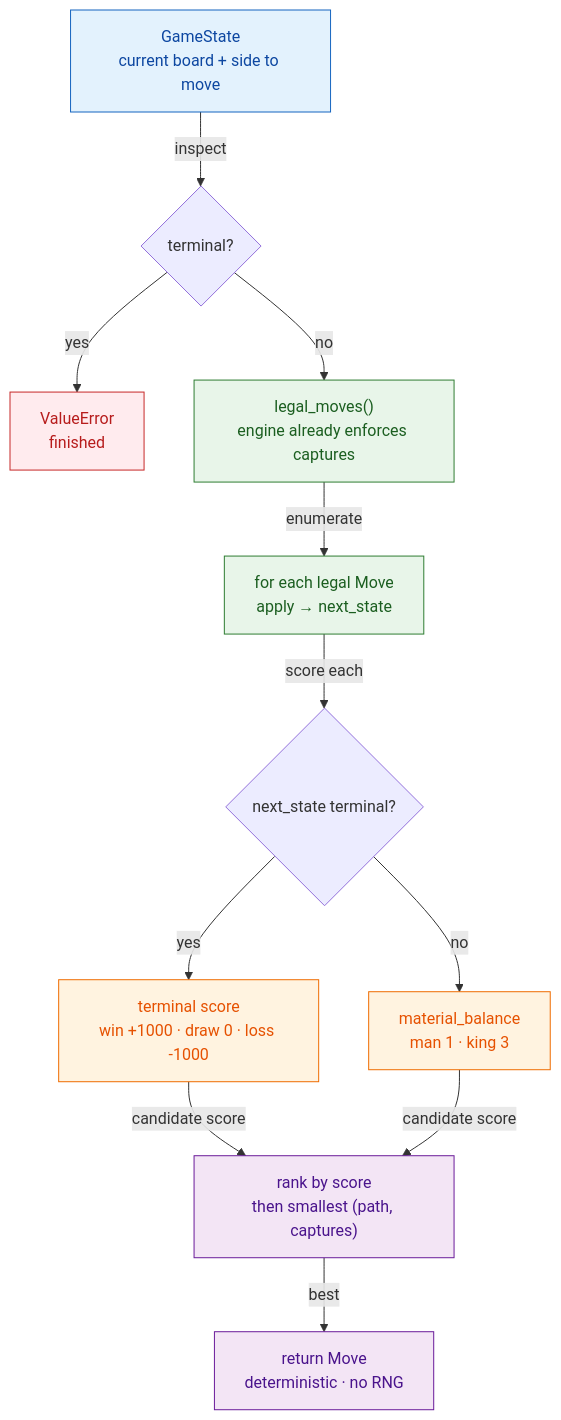
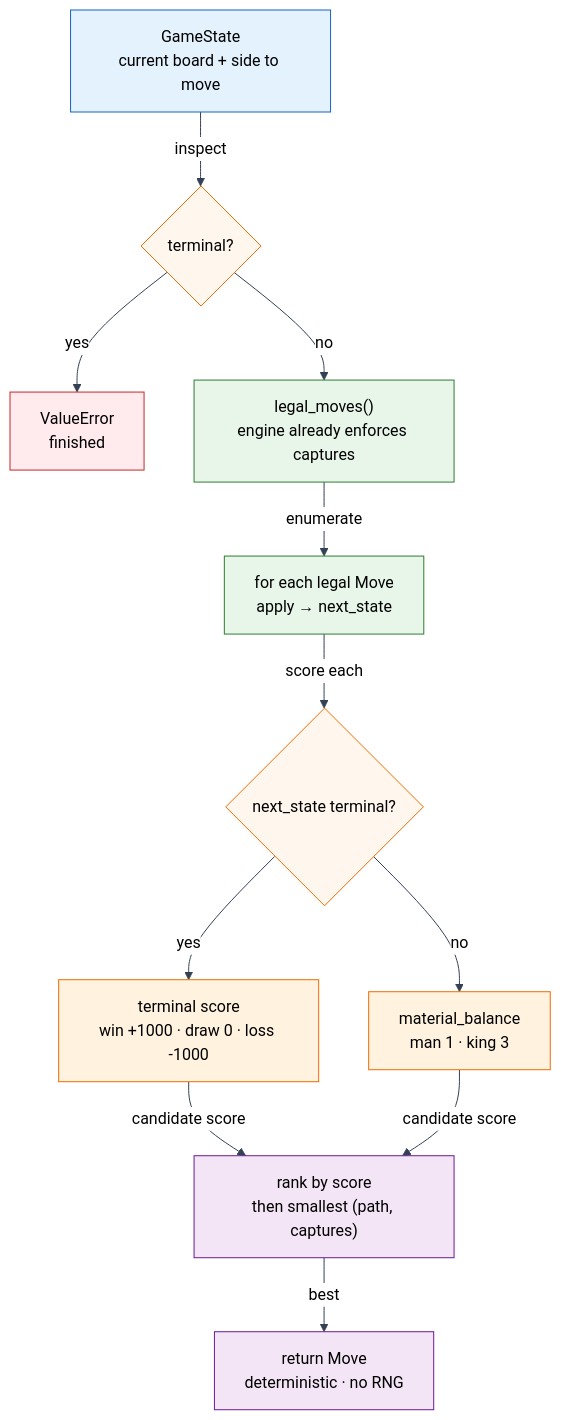
The second of 5 diagrams in docs/specs/0004-evaluation-arena.md (till75/RLCheckers), drawn with Mermaid before and after one commit. The commit also changed other lines of this file and 4 other files, not shown here.

First line of the commit message:
docs: force black Mermaid labels across figures

````diff
--- a/docs/specs/0004-evaluation-arena.md
+++ b/docs/specs/0004-evaluation-arena.md
@@ -266,25 +273,28 @@
 ```mermaid
+%%{init: {"theme": "base", "themeVariables": {"darkMode": false, "primaryTextColor": "#000000", "secondaryTextColor": "#000000", "tertiaryTextColor": "#000000", "textColor": "#000000", "lineColor": "#334155", "edgeLabelBackground": "#ffffff", "clusterBkg": "#f8fafc", "clusterBorder": "#94a3b8"}}}%%
 flowchart TD
-  S["GameState<br/>current board + side to move"] -->|"inspect"| T{"terminal?"}
-  T -->|"yes"| E["ValueError<br/>finished"]
-  T -->|"no"| L["legal_moves()<br/>engine already enforces captures"]
-  L -->|"enumerate"| C["for each legal Move<br/>apply → next_state"]
-  C -->|"score each"| D{"next_state terminal?"}
-  D -->|"yes"| W["terminal score<br/>win +1000 · draw 0 · loss -1000"]
-  D -->|"no"| M["material_balance<br/>man 1 · king 3"]
-  W -->|"candidate score"| P["rank by score<br/>then smallest (path, captures)"]
-  M -->|"candidate score"| P
-  P -->|"best"| R["return Move<br/>deterministic · no RNG"]
+  S["<span style='color:#000000'>GameState<br/>current board + side to move</span>"] -->|"<span style='background-color:#ffffff'><span style='color:#000000'>inspect</span></span>"| T{"<span style='color:#000000'>terminal?</span>"}
+  T -->|"<span style='background-color:#ffffff'><span style='color:#000000'>yes</span></span>"| E["<span style='color:#000000'>ValueError<br/>finished</span>"]
+  T -->|"<span style='background-color:#ffffff'><span style='color:#000000'>no</span></span>"| L["<span style='color:#000000'>legal_moves()<br/>engine already enforces captures</span>"]
+  L -->|"<span style='background-color:#ffffff'><span style='color:#000000'>enumerate</span></span>"| C["<span style='color:#000000'>for each legal Move<br/>apply → next_state</span>"]
+  C -->|"<span style='background-color:#ffffff'><span style='color:#000000'>score each</span></span>"| D{"<span style='color:#000000'>next_state terminal?</span>"}
+  D -->|"<span style='background-color:#ffffff'><span style='color:#000000'>yes</span></span>"| W["<span style='color:#000000'>terminal score<br/>win +1000 · draw 0 · loss -1000</span>"]
+  D -->|"<span style='background-color:#ffffff'><span style='color:#000000'>no</span></span>"| M["<span style='color:#000000'>material_balance<br/>man 1 · king 3</span>"]
+  W -->|"<span style='background-color:#ffffff'><span style='color:#000000'>candidate score</span></span>"| P["<span style='color:#000000'>rank by score<br/>then smallest (path, captures)</span>"]
+  M -->|"<span style='background-color:#ffffff'><span style='color:#000000'>candidate score</span></span>"| P
+  P -->|"<span style='background-color:#ffffff'><span style='color:#000000'>best</span></span>"| R["<span style='color:#000000'>return Move<br/>deterministic · no RNG</span>"]
 
-  classDef state fill:#e3f2fd,stroke:#1565c0,color:#0d47a1
-  classDef agent fill:#e8f5e9,stroke:#2e7d32,color:#1b5e20
-  classDef score fill:#fff3e0,stroke:#ef6c00,color:#e65100
-  classDef choice fill:#f3e5f5,stroke:#6a1b9a,color:#4a148c
-  classDef fail fill:#ffebee,stroke:#c62828,color:#b71c1c
+  classDef state fill:#e3f2fd,stroke:#1565c0,color:#000000
+  classDef agent fill:#e8f5e9,stroke:#2e7d32,color:#000000
+  classDef decision fill:#fff7ed,stroke:#ef6c00,color:#000000
+  classDef score fill:#fff3e0,stroke:#ef6c00,color:#000000
+  classDef choice fill:#f3e5f5,stroke:#6a1b9a,color:#000000
+  classDef fail fill:#ffebee,stroke:#c62828,color:#000000
 
   class S state
   class L,C agent
+  class T,D decision
   class W,M score
   class P,R choice
   class E fail
 ```
````
